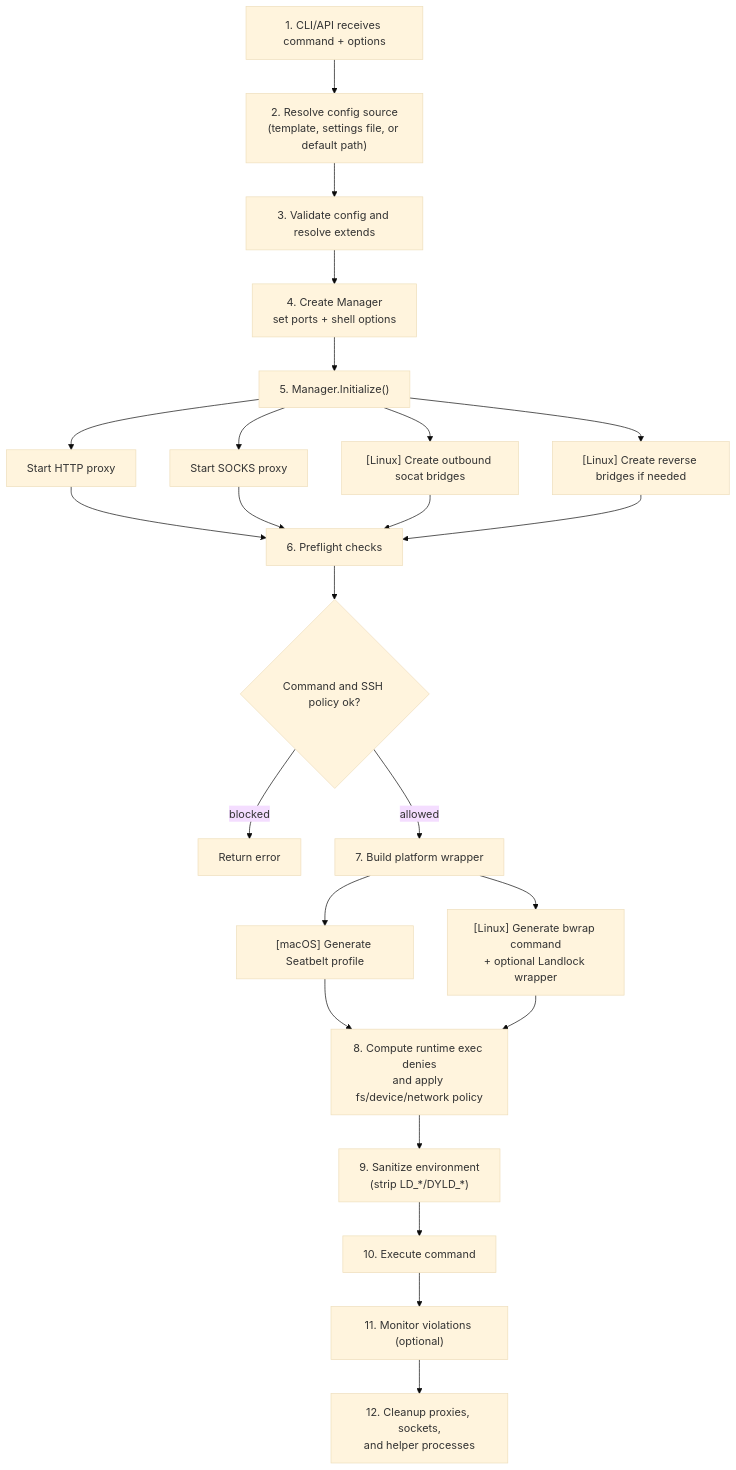
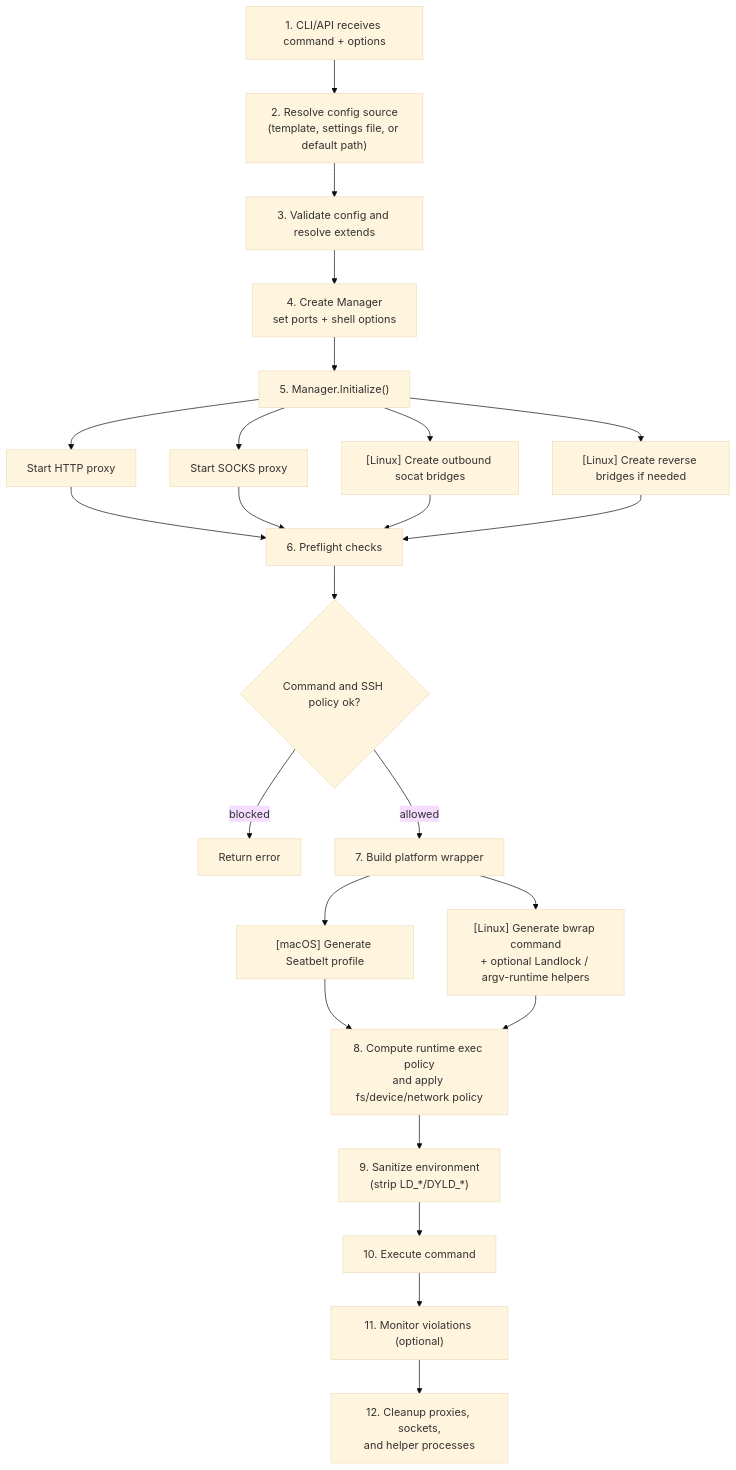
One commit to dtomasi/fence changed the fifth of 5 diagrams in ARCHITECTURE.md. Above: the diagram before and after it, drawn with Mermaid (base theme). The commit also changed other lines of this file and 17 other files, not shown here.

Commit message:
feat: add argv-aware runtime exec policy for linux (#109)

````diff
--- a/ARCHITECTURE.md
+++ b/ARCHITECTURE.md
@@ -366,26 +388,26 @@
 ```mermaid
 flowchart TD
     A["1. CLI/API receives command + options"] --> B["2. Resolve config source<br/>(template, settings file, or default path)"]
     B --> C["3. Validate config and resolve extends"]
     C --> D["4. Create Manager<br/>set ports + shell options"]
     D --> E["5. Manager.Initialize()"]
 
     E --> E1["Start HTTP proxy"]
     E --> E2["Start SOCKS proxy"]
     E --> E3["[Linux] Create outbound socat bridges"]
     E --> E4["[Linux] Create reverse bridges if needed"]
 
     E1 & E2 & E3 & E4 --> F["6. Preflight checks"]
     F --> F1{"Command and SSH policy ok?"}
     F1 -->|blocked| ERR["Return error"]
     F1 -->|allowed| G["7. Build platform wrapper"]
 
     G --> G1["[macOS] Generate Seatbelt profile"]
-    G --> G2["[Linux] Generate bwrap command<br/>+ optional Landlock wrapper"]
+    G --> G2["[Linux] Generate bwrap command<br/>+ optional Landlock / argv-runtime helpers"]
 
-    G1 & G2 --> H["8. Compute runtime exec denies<br/>and apply fs/device/network policy"]
+    G1 & G2 --> H["8. Compute runtime exec policy<br/>and apply fs/device/network policy"]
     H --> I["9. Sanitize environment<br/>(strip LD_*/DYLD_*)"]
     I --> J["10. Execute command"]
     J --> K["11. Monitor violations (optional)"]
     K --> L["12. Cleanup proxies, sockets,<br/>and helper processes"]
 ```
````
